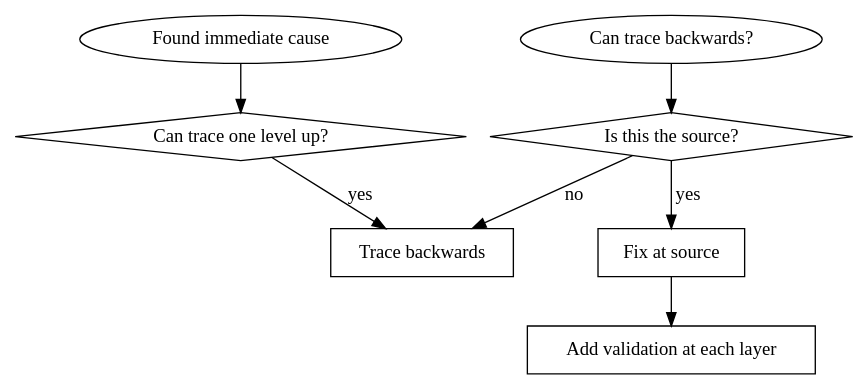
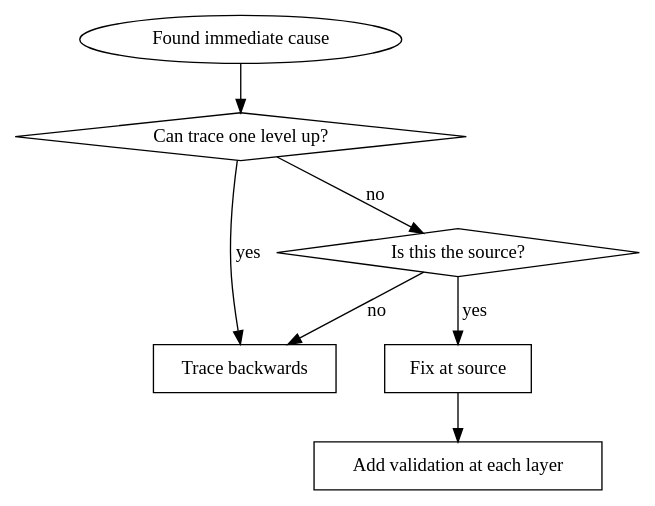
One commit to GiveMe-A-Name/smart-agent changed the second of 2 diagrams in skills/systematic-debugging/references/root-cause-tracing.md. Above: the diagram before and after it, drawn with Graphviz. The commit also changed other lines of this file and 4 other files, not shown here.

````diff
--- a/skills/systematic-debugging/references/root-cause-tracing.md
+++ b/skills/systematic-debugging/references/root-cause-tracing.md
@@ -101,17 +102,17 @@
 ```dot
 digraph principle {
     "Found immediate cause" [shape=ellipse];
     "Can trace one level up?" [shape=diamond];
     "Trace backwards" [shape=box];
     "Is this the source?" [shape=diamond];
     "Fix at source" [shape=box];
     "Add validation at each layer" [shape=box];
 
     "Found immediate cause" -> "Can trace one level up?";
     "Can trace one level up?" -> "Trace backwards" [label="yes"];
-    "Can trace backwards?" -> "Is this the source?";
+    "Can trace one level up?" -> "Is this the source?" [label="no"];
     "Is this the source?" -> "Trace backwards" [label="no"];
     "Is this the source?" -> "Fix at source" [label="yes"];
     "Fix at source" -> "Add validation at each layer";
 }
 ```
````
